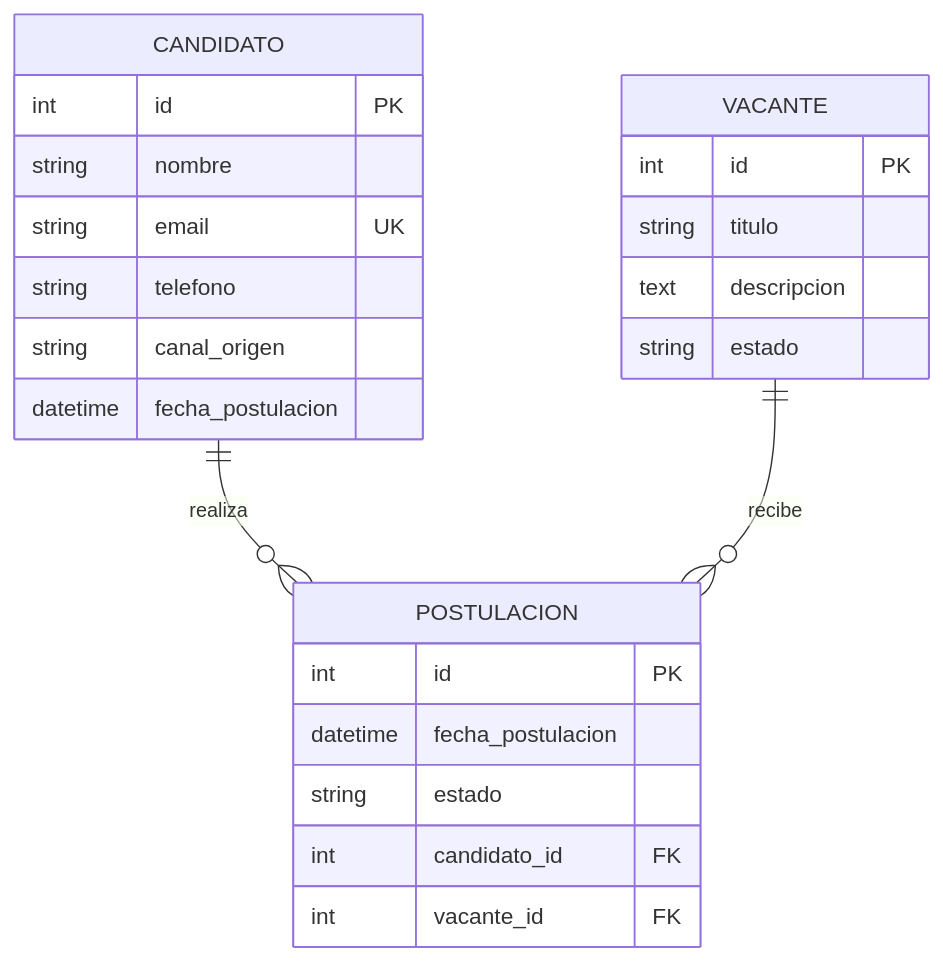
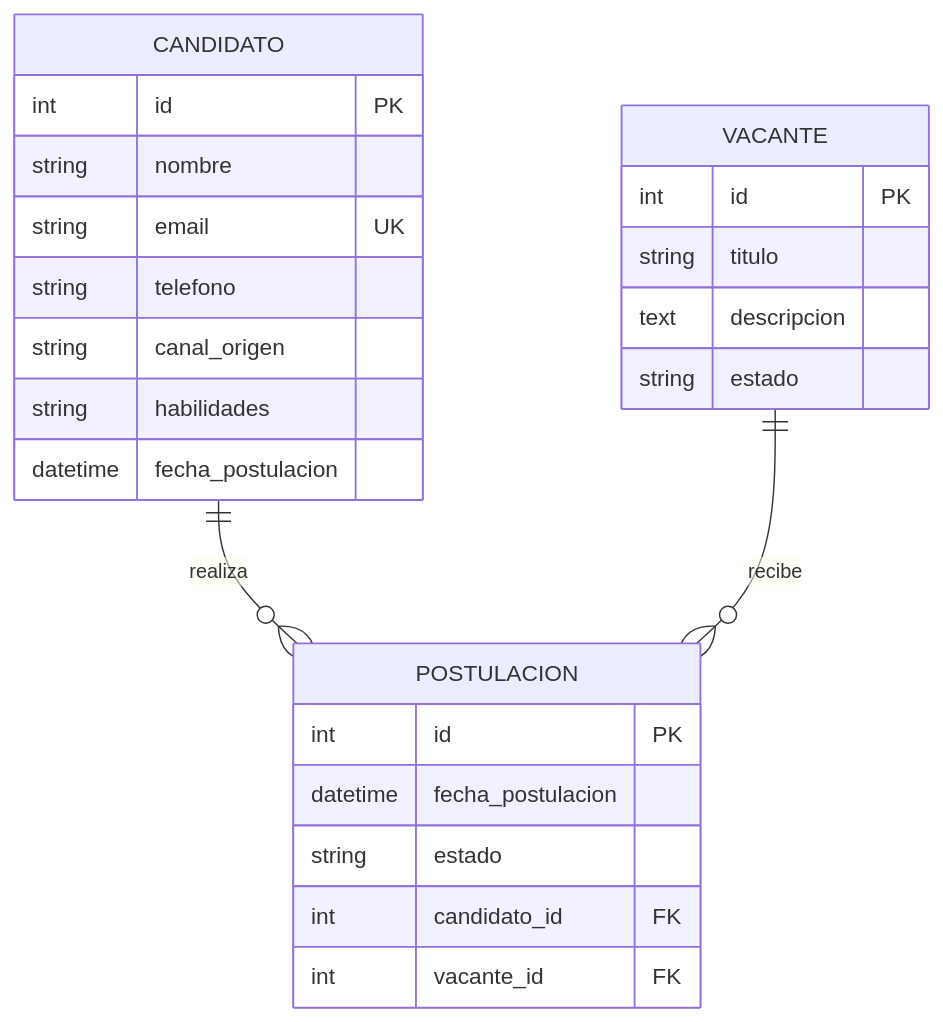
The diagram in docs/backend_arquitectura.md (vaciocarlos72-dotcom/plurione_project), drawn with Mermaid before and after one commit. The commit also changed other lines of this file and 15 other files, not shown here.

````diff
--- a/docs/backend_arquitectura.md
+++ b/docs/backend_arquitectura.md
@@ -31,29 +31,30 @@
 ```mermaid
 erDiagram
 	CANDIDATO {
 		int id PK
 		string nombre
 		string email UK
 		string telefono
 		string canal_origen
+		string habilidades
 		datetime fecha_postulacion
 	}
 
 	VACANTE {
 		int id PK
 		string titulo
 		text descripcion
 		string estado
 	}
 
 	POSTULACION {
 		int id PK
 		datetime fecha_postulacion
 		string estado
 		int candidato_id FK
 		int vacante_id FK
 	}
 
 	CANDIDATO ||--o{ POSTULACION : realiza
 	VACANTE ||--o{ POSTULACION : recibe
 ```
````
